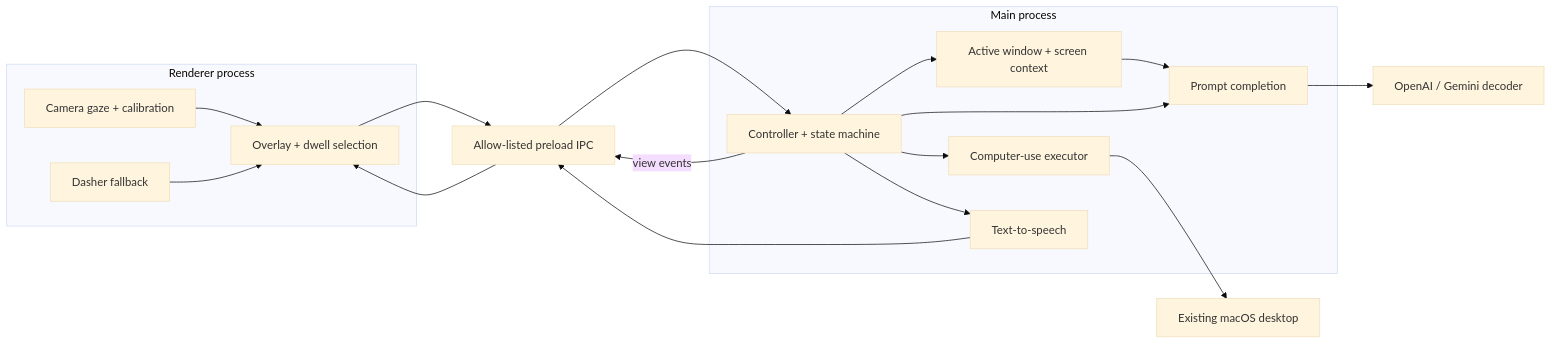
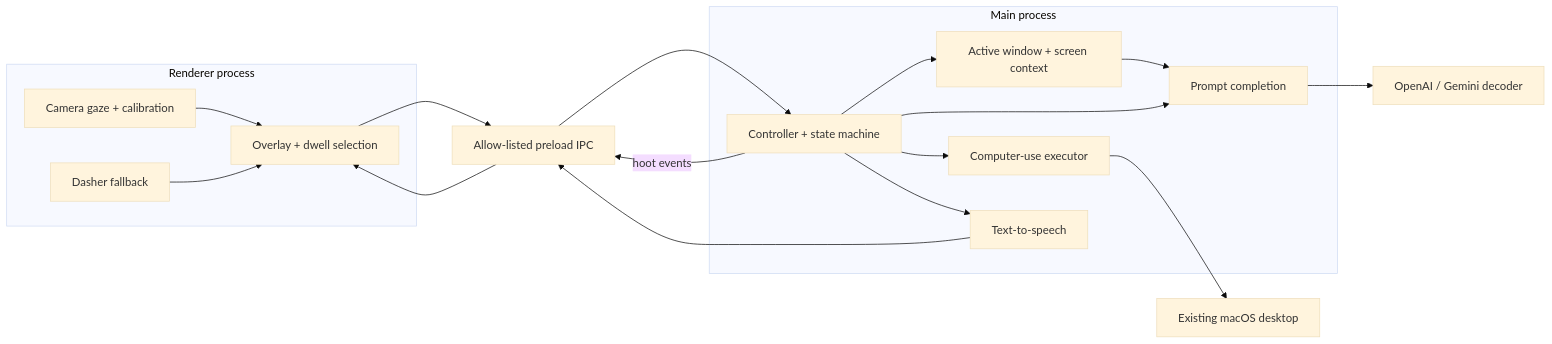
Before and after one commit to lesprgm/Hoot: the diagram in README.md, drawn with Mermaid (base theme). The commit also changed other lines of this file, not shown here.

Commit message:
Update README terminology from View to Hoot

````diff
--- a/README.md
+++ b/README.md
@@ -31,27 +31,27 @@
 ```mermaid
 flowchart LR
     subgraph R["Renderer process"]
         G["Camera gaze + calibration"] --> O["Overlay + dwell selection"]
         D["Dasher fallback"] --> O
     end
 
     I["Allow-listed preload IPC"]
 
     subgraph M["Main process"]
         C["Controller + state machine"]
         K["Active window + screen context"]
         P["Prompt completion"]
         X["Computer-use executor"]
         T["Text-to-speech"]
         C --> K
         C --> P
         K --> P
     end
 
     O --> I --> C
-    C -->|"view events"| I
+    C -->|"hoot events"| I
     C --> X --> Mac["Existing macOS desktop"]
     P --> LLM["OpenAI / Gemini decoder"]
     C --> T --> I
     I --> O
 ```
````
